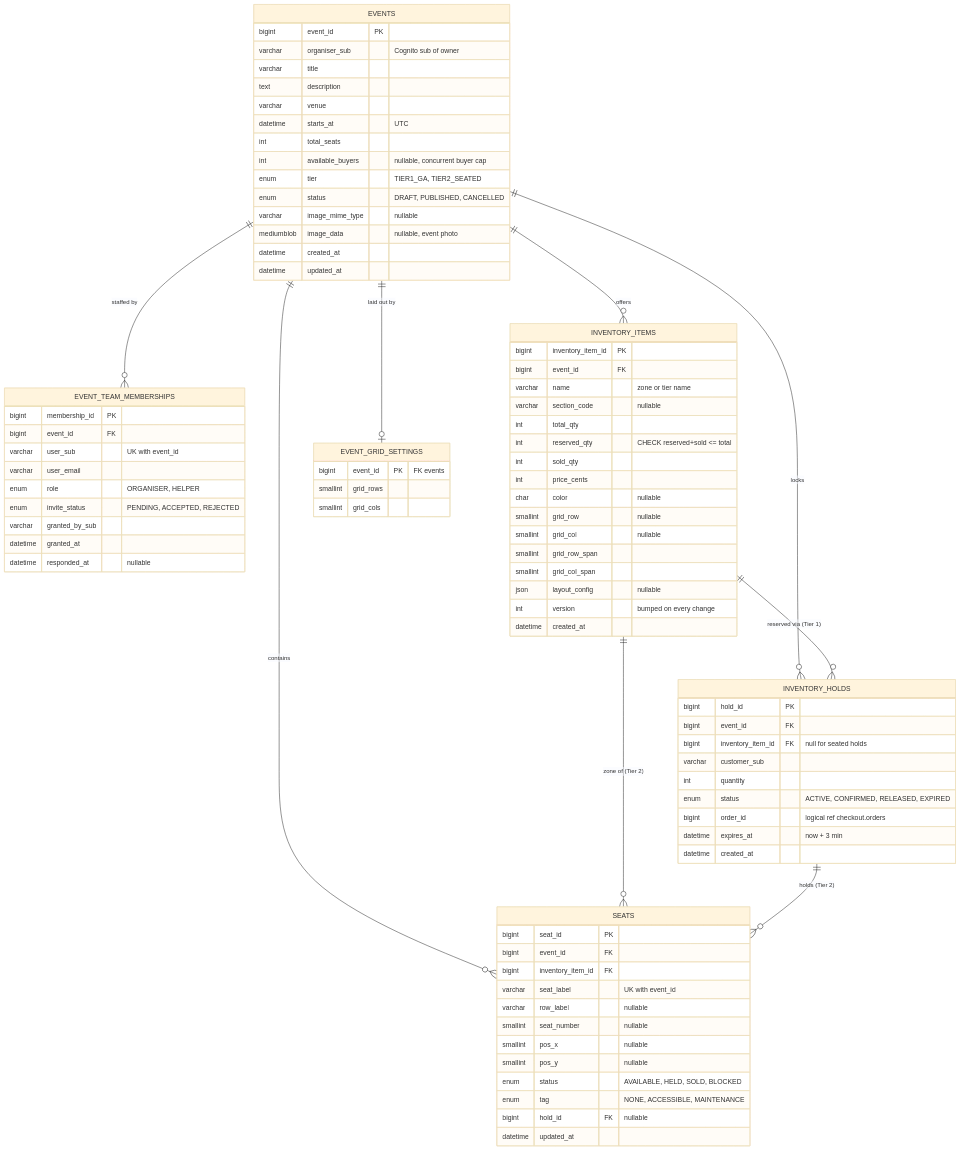
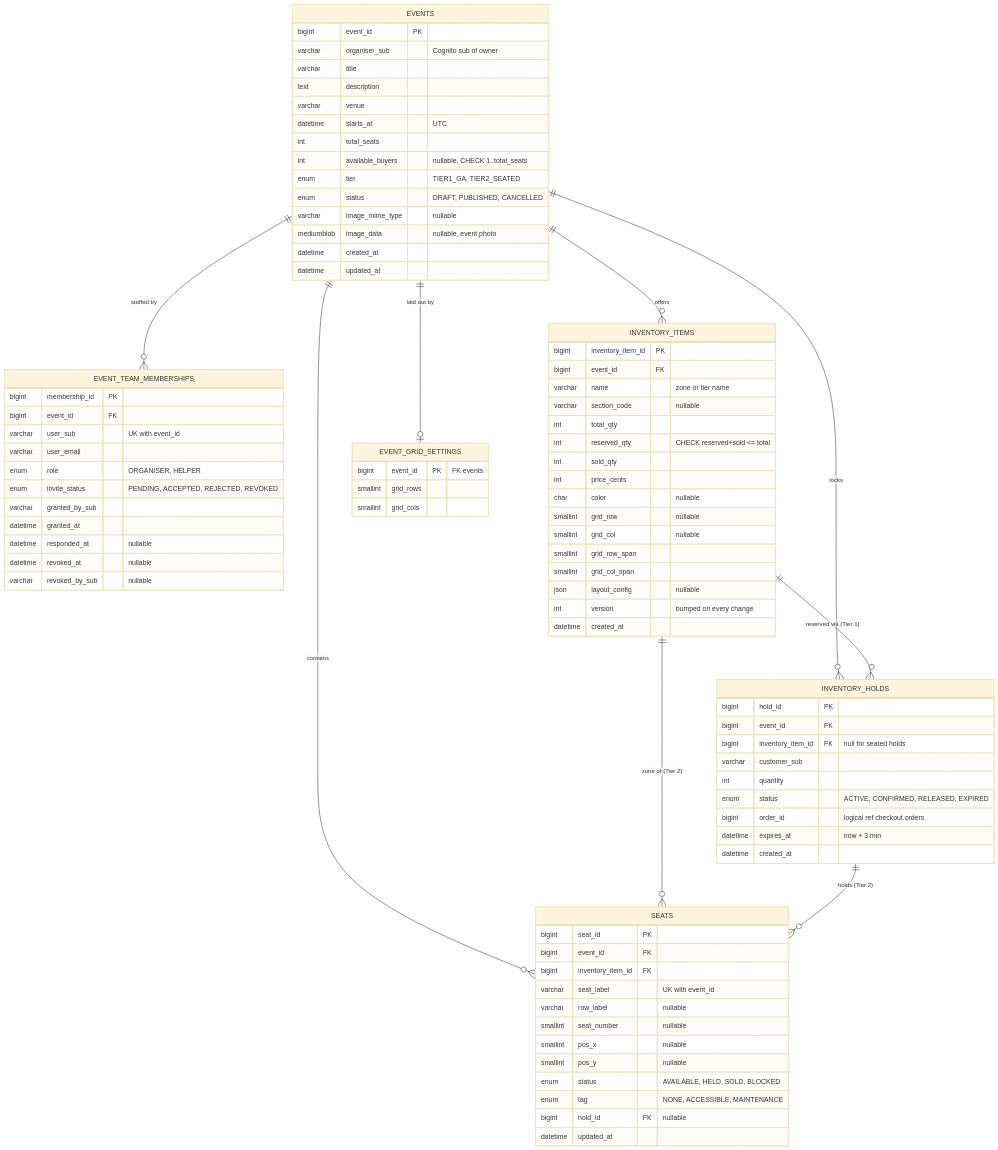
One commit to nus-mtech-grp1-sem2/docs changed the diagram in diagrams/src/09-erd-event-inventory.mmd. Above: the diagram before and after it, drawn with Mermaid (base theme). The commit also changed 6 other files, not shown here.

```diff
--- a/diagrams/src/09-erd-event-inventory.mmd
+++ b/diagrams/src/09-erd-event-inventory.mmd
@@ -1,86 +1,88 @@
-%% Figure: event_inventory schema, as built (migrations 02-14). Owned by the event and inventory services.
+%% Figure: event_inventory schema, as built (checked against the live database, 2026-10-05). Owned by the event and inventory services.
 erDiagram
     EVENTS ||--o{ EVENT_TEAM_MEMBERSHIPS : "staffed by"
     EVENTS ||--o{ INVENTORY_ITEMS : offers
     EVENTS ||--o{ SEATS : contains
     EVENTS ||--o{ INVENTORY_HOLDS : locks
     EVENTS ||--o| EVENT_GRID_SETTINGS : "laid out by"
     INVENTORY_ITEMS ||--o{ SEATS : "zone of (Tier 2)"
     INVENTORY_ITEMS ||--o{ INVENTORY_HOLDS : "reserved via (Tier 1)"
     INVENTORY_HOLDS ||--o{ SEATS : "holds (Tier 2)"
 
     EVENTS {
         bigint event_id PK
         varchar organiser_sub "Cognito sub of owner"
         varchar title
         text description
         varchar venue
         datetime starts_at "UTC"
         int total_seats
-        int available_buyers "nullable, concurrent buyer cap"
+        int available_buyers "nullable, CHECK 1..total_seats"
         enum tier "TIER1_GA, TIER2_SEATED"
         enum status "DRAFT, PUBLISHED, CANCELLED"
         varchar image_mime_type "nullable"
         mediumblob image_data "nullable, event photo"
         datetime created_at
         datetime updated_at
     }
     EVENT_TEAM_MEMBERSHIPS {
         bigint membership_id PK
         bigint event_id FK
         varchar user_sub "UK with event_id"
         varchar user_email
         enum role "ORGANISER, HELPER"
-        enum invite_status "PENDING, ACCEPTED, REJECTED"
+        enum invite_status "PENDING, ACCEPTED, REJECTED, REVOKED"
         varchar granted_by_sub
         datetime granted_at
         datetime responded_at "nullable"
+        datetime revoked_at "nullable"
+        varchar revoked_by_sub "nullable"
     }
     INVENTORY_ITEMS {
         bigint inventory_item_id PK
         bigint event_id FK
         varchar name "zone or tier name"
         varchar section_code "nullable"
         int total_qty
         int reserved_qty "CHECK reserved+sold <= total"
         int sold_qty
         int price_cents
         char color "nullable"
         smallint grid_row "nullable"
         smallint grid_col "nullable"
         smallint grid_row_span
         smallint grid_col_span
         json layout_config "nullable"
         int version "bumped on every change"
         datetime created_at
     }
     SEATS {
         bigint seat_id PK
         bigint event_id FK
         bigint inventory_item_id FK
         varchar seat_label "UK with event_id"
         varchar row_label "nullable"
         smallint seat_number "nullable"
         smallint pos_x "nullable"
         smallint pos_y "nullable"
         enum status "AVAILABLE, HELD, SOLD, BLOCKED"
         enum tag "NONE, ACCESSIBLE, MAINTENANCE"
         bigint hold_id FK "nullable"
         datetime updated_at
     }
     INVENTORY_HOLDS {
         bigint hold_id PK
         bigint event_id FK
         bigint inventory_item_id FK "null for seated holds"
         varchar customer_sub
         int quantity
         enum status "ACTIVE, CONFIRMED, RELEASED, EXPIRED"
         bigint order_id "logical ref checkout.orders"
         datetime expires_at "now + 3 min"
         datetime created_at
     }
     EVENT_GRID_SETTINGS {
         bigint event_id PK "FK events"
         smallint grid_rows
         smallint grid_cols
     }
```
